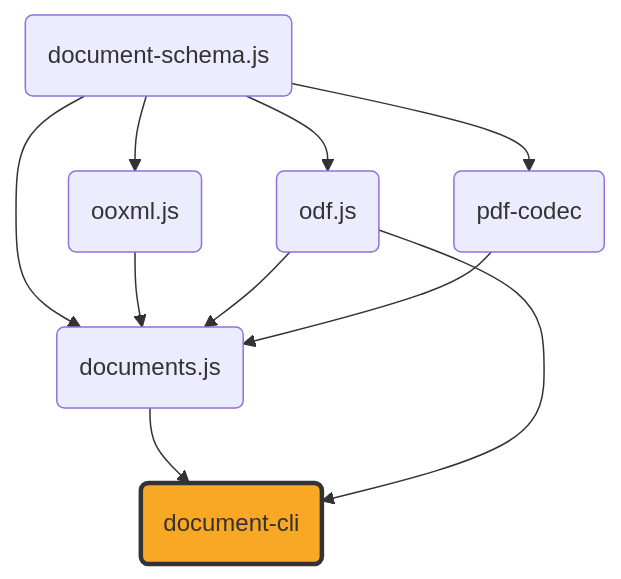
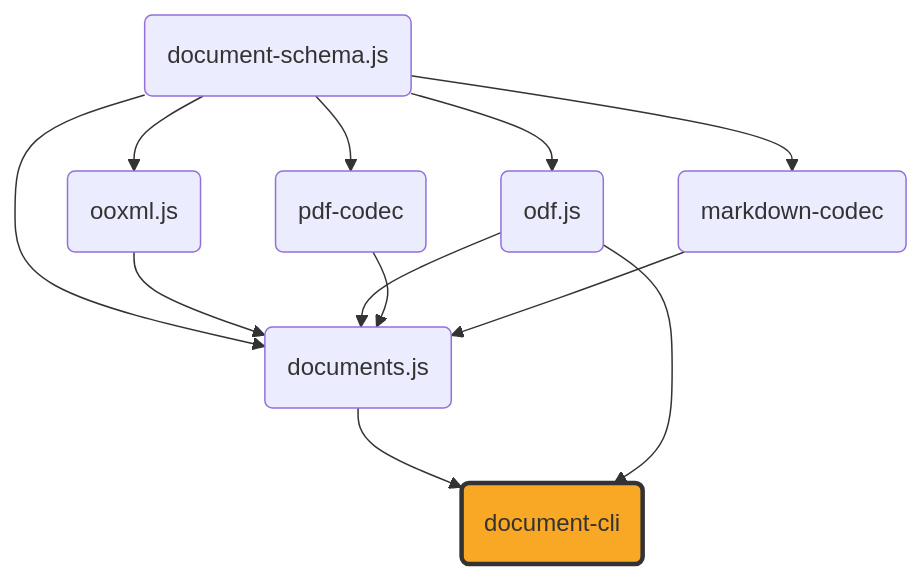
One commit to ExaDev/document-cli changed the diagram in README.md. Above: the diagram before and after it, drawn with Mermaid.

Commit message:
docs: add markdown-codec to the family dependency diagram
markdown-codec is a new sibling package (a CommonMark+GFM <-> ContentDocument
codec, built on document-schema.js) that documents.js now depends on. The
shared family diagram across all seven repositories now shows it alongside
document-schema.js, ooxml.js, odf.js, and pdf-codec.

````diff
--- a/README.md
+++ b/README.md
@@ -9,28 +9,32 @@
 ```mermaid
 graph TD
     schema("document-schema.js")
     ooxml("ooxml.js")
     odf("odf.js")
     pdfcodec("pdf-codec")
+    mdcodec("markdown-codec")
     documents("documents.js")
     cli("document-cli")
 
     schema --> ooxml
     schema --> odf
     schema --> pdfcodec
+    schema --> mdcodec
     schema --> documents
     ooxml --> documents
     odf --> documents
     pdfcodec --> documents
+    mdcodec --> documents
     documents --> cli
     odf --> cli
 
     click schema "https://github.com/ExaDev/document-schema.js" "document-schema.js"
     click ooxml "https://github.com/ExaDev/ooxml.js" "ooxml.js"
     click odf "https://github.com/ExaDev/odf.js" "odf.js"
     click pdfcodec "https://github.com/ExaDev/pdf-codec" "pdf-codec"
+    click mdcodec "https://github.com/ExaDev/markdown-codec" "markdown-codec"
     click documents "https://github.com/ExaDev/documents.js" "documents.js"
     click cli "https://github.com/ExaDev/document-cli" "document-cli"
 
     style cli fill:#f9a825,stroke:#333,stroke-width:3px
 ```
````
